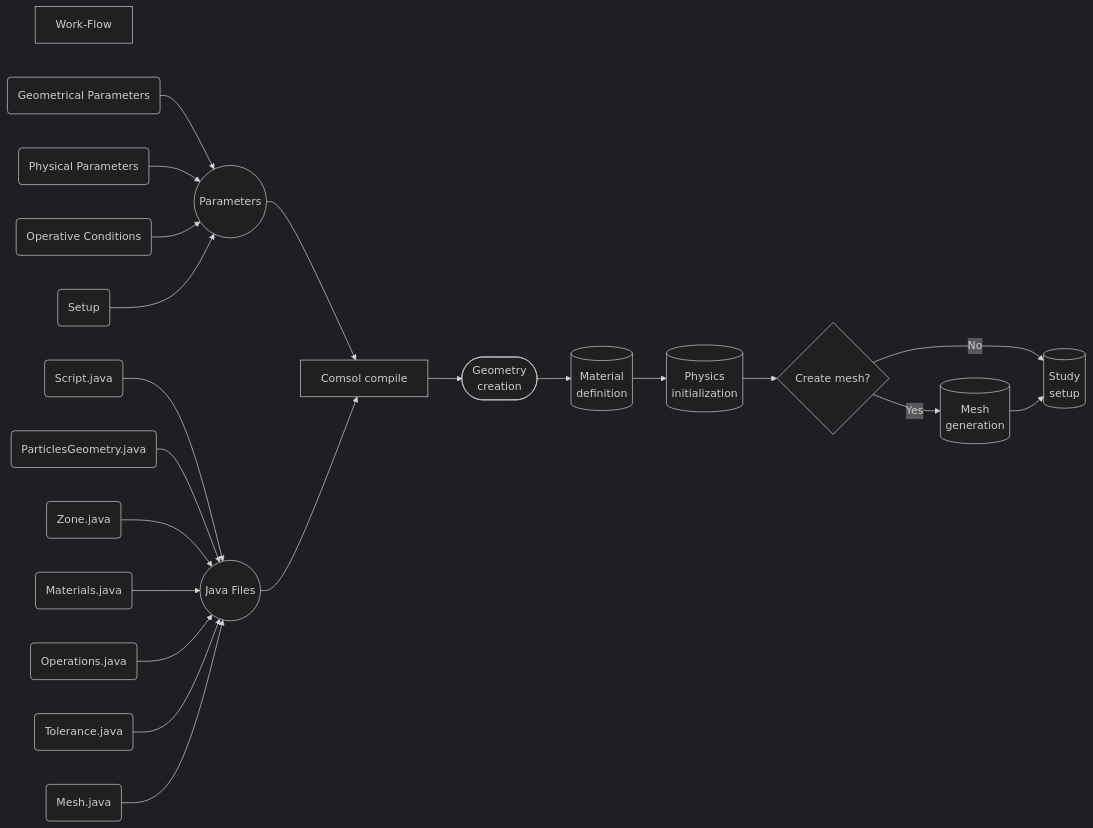
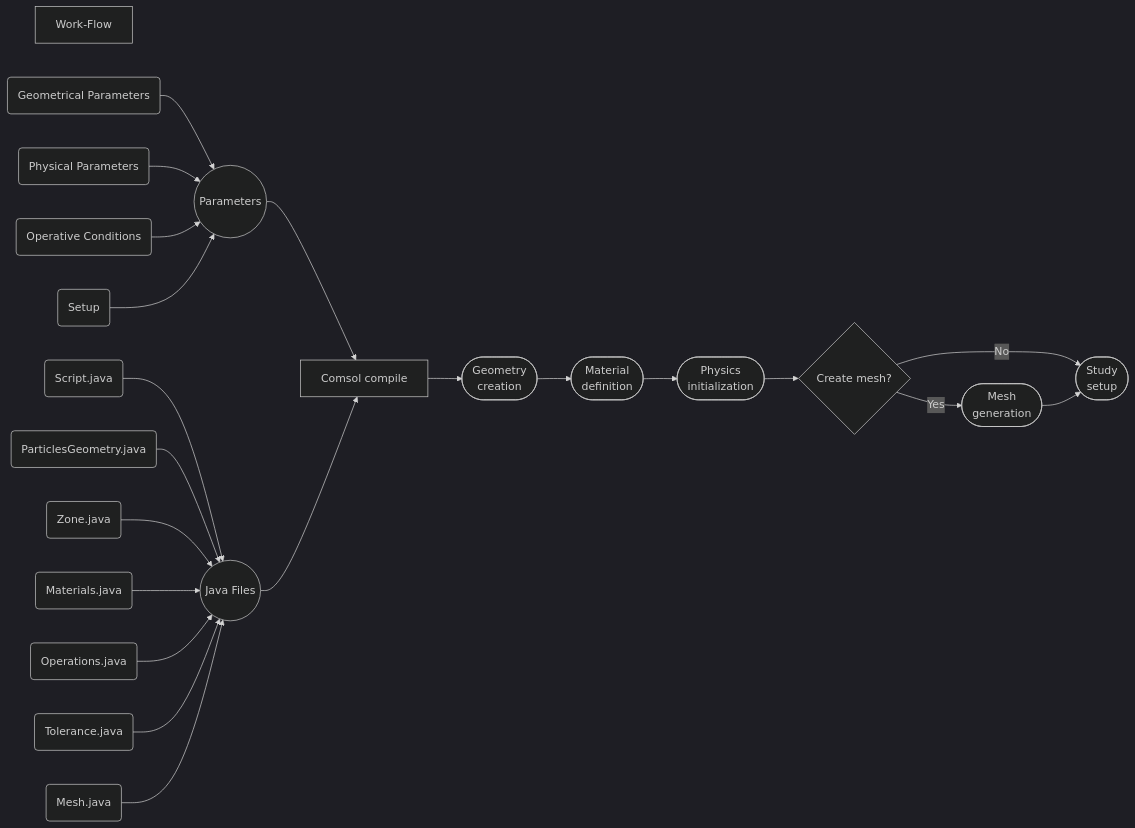
The diagram in README.md (mulmopro/battery_porescale), drawn with Mermaid (dark theme) before and after one commit.

````diff
--- a/README.md
+++ b/README.md
@@ -7,24 +7,24 @@
 ```mermaid
 graph LR
 TOP[Work-Flow]
   IN1(Geometrical Parameters)-->O1((Parameters))
   IN2(Physical Parameters)-->O1
   IN3(Operative Conditions)-->O1
   IN4(Setup)-->O1
   IN5(Script.java)-->O2((Java Files))
   IN6(ParticlesGeometry.java)-->O2
   IN7(Zone.java)-->O2
   IN8(Materials.java)-->O2
   IN9(Operations.java)-->O2
   IN10(Tolerance.java)-->O2
   IN11(Mesh.java)-->O2
   O1-->BLK1[Comsol compile]
   O2-->BLK1
   BLK1-->PK1([Geometry <br> creation])
-  PK1-->PK2[(Material <br> definition)]
-  PK2-->PK3[(Physics <br> initialization)]
+  PK1-->PK2([Material <br> definition])
+  PK2-->PK3([Physics <br> initialization])
   PK3-->PK4{Create mesh?}
-  PK4-->|Yes|PK5[(Mesh <br> generation)]
-  PK4-->|No|PK6[(Study <br> setup)]
+  PK4-->|Yes|PK5([Mesh <br> generation])
+  PK4-->|No|PK6([Study <br> setup])
   PK5-->PK6
 ```
````
